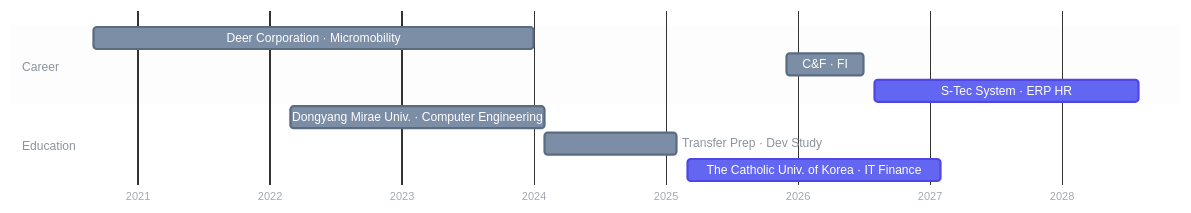
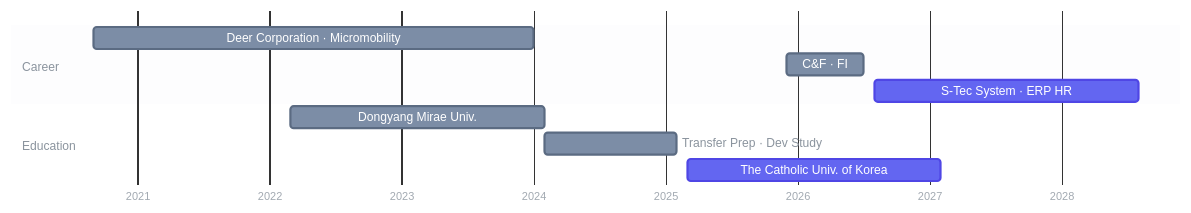
The diagram in README.md (Hwasowl/Hwasowl), drawn with Mermaid before and after one commit.

Commit message:
Simplify education entries in README

````diff
--- a/README.md
+++ b/README.md
@@ -15,32 +15,32 @@
 ```mermaid
 %%{init: {'theme':'base', 'themeVariables': {
   'fontFamily': '-apple-system, Segoe UI, sans-serif',
   'sectionBkgColor': 'rgba(139,148,158,0.08)',
   'altSectionBkgColor': 'rgba(139,148,158,0.02)',
   'gridColor': 'rgba(139,148,158,0.35)',
   'doneTaskBkgColor': '#7C8DA6',
   'doneTaskBorderColor': '#5B6B82',
   'activeTaskBkgColor': '#6366F1',
   'activeTaskBorderColor': '#4F46E5',
   'taskTextColor': '#FFFFFF',
   'taskTextDarkColor': '#FFFFFF',
   'taskTextLightColor': '#FFFFFF',
   'taskTextOutsideColor': '#8B949E',
   'sectionTitleColor': '#8B949E',
   'titleColor': '#8B949E',
   'textColor': '#8B949E',
   'todayLineColor': '#F43F5E'
 }}}%%
 gantt
     dateFormat YYYY-MM
     axisFormat %Y
     tickInterval 1year
     section Career
     Deer Corporation · Micromobility  :done,   2020-09, 2024-01
     C&F · FI                          :done,   2025-12, 2026-07
     S-Tec System · ERP HR             :active, 2026-08, 2028-08
     section Education
-    Dongyang Mirae Univ. · Computer Engineering :done,   2022-03, 2024-02
+    Dongyang Mirae Univ. :done,   2022-03, 2024-02
     Transfer Prep · Dev Study                   :done,   2024-02, 2025-02
-    The Catholic Univ. of Korea · IT Finance    :active, 2025-03, 2027-02
+    The Catholic Univ. of Korea    :active, 2025-03, 2027-02
 ```
````
